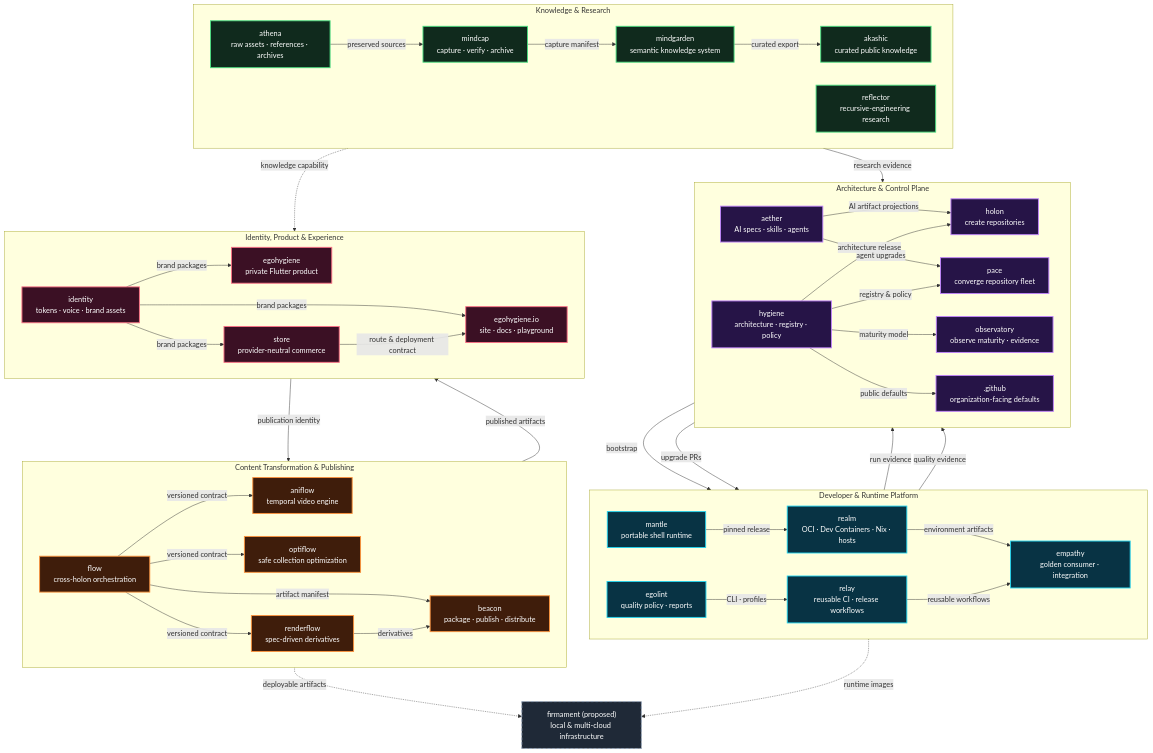
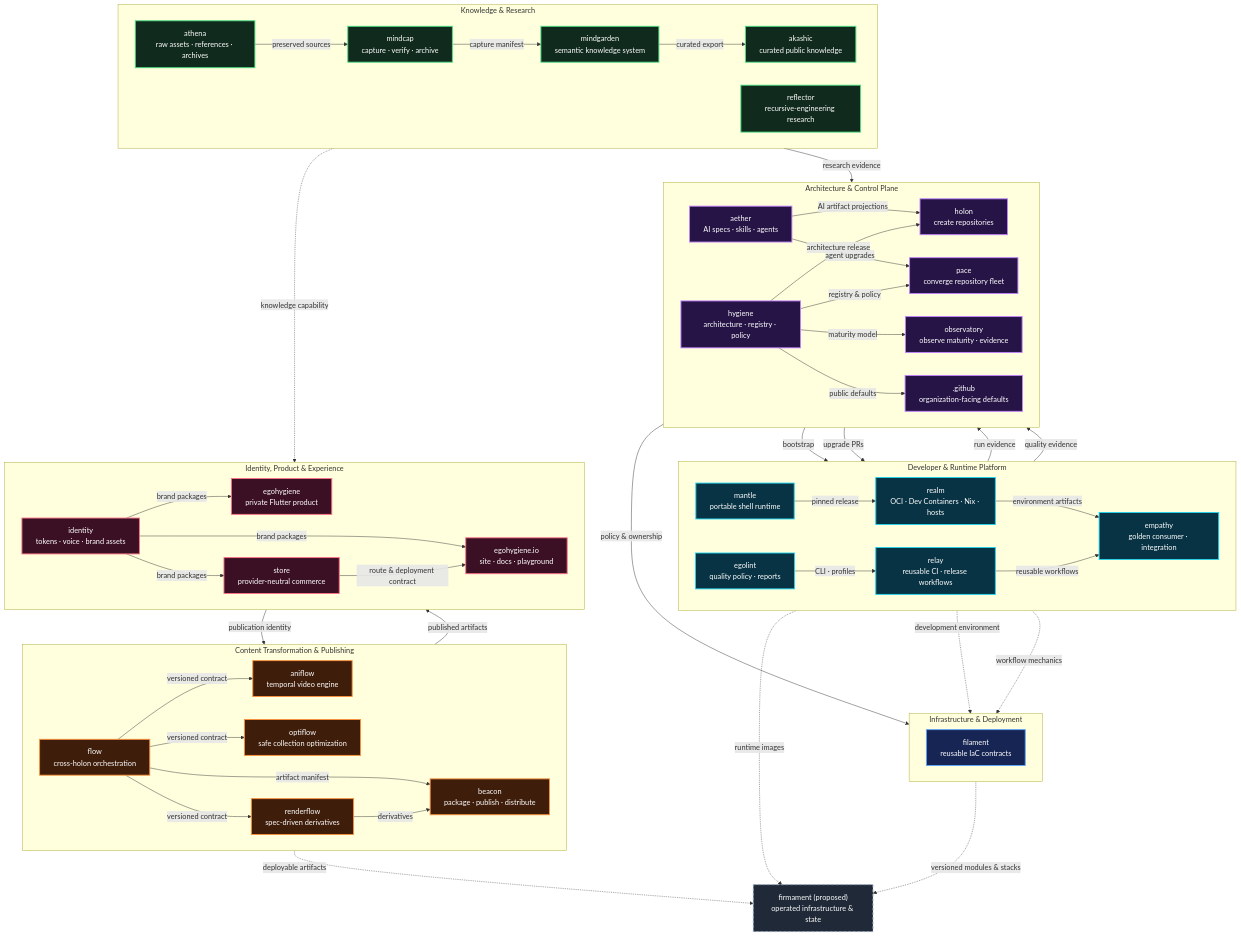
Before and after one commit to egohygiene/hygiene: the diagram in docs/ecosystem/diagrams/ecosystem.mmd, drawn with Mermaid. The commit also changed 18 other files, not shown here.

Commit message:
docs(architecture): route Filament infrastructure contracts

```diff
--- a/docs/ecosystem/diagrams/ecosystem.mmd
+++ b/docs/ecosystem/diagrams/ecosystem.mmd
@@ -1,99 +1,110 @@
 flowchart TB
   classDef control fill:#261447,stroke:#c084fc,color:#ffffff,stroke-width:2px
   classDef platform fill:#083344,stroke:#22d3ee,color:#ffffff,stroke-width:2px
   classDef flow fill:#3f1d0b,stroke:#fb923c,color:#ffffff,stroke-width:2px
   classDef knowledge fill:#102a1d,stroke:#4ade80,color:#ffffff,stroke-width:2px
   classDef experience fill:#3b1024,stroke:#fb7185,color:#ffffff,stroke-width:2px
+  classDef infrastructure fill:#172554,stroke:#60a5fa,color:#ffffff,stroke-width:2px
   classDef proposed fill:#1f2937,stroke:#94a3b8,color:#ffffff,stroke-width:2px,stroke-dasharray:6 4
 
   subgraph C["Architecture & Control Plane"]
     direction LR
     HYG["hygiene<br/>architecture · registry · policy"]
     DOT[".github<br/>organization-facing defaults"]
     AET["aether<br/>AI specs · skills · agents"]
     HOL["holon<br/>create repositories"]
     PAC["pace<br/>converge repository fleet"]
     OBS["observatory<br/>observe maturity · evidence"]
   end
 
   subgraph D["Developer & Runtime Platform"]
     direction LR
     REA["realm<br/>OCI · Dev Containers · Nix · hosts"]
     MAN["mantle<br/>portable shell runtime"]
     REL["relay<br/>reusable CI · release workflows"]
     EGL["egolint<br/>quality policy · reports"]
     EMP["empathy<br/>golden consumer · integration"]
   end
 
   subgraph F["Content Transformation & Publishing"]
     direction LR
     FLO["flow<br/>cross-holon orchestration"]
     ANI["aniflow<br/>temporal video engine"]
     OPT["optiflow<br/>safe collection optimization"]
     REN["renderflow<br/>spec-driven derivatives"]
     BEA["beacon<br/>package · publish · distribute"]
   end
 
   subgraph K["Knowledge & Research"]
     direction LR
     MNC["mindcap<br/>capture · verify · archive"]
     MNG["mindgarden<br/>semantic knowledge system"]
     AKA["akashic<br/>curated public knowledge"]
     ATH["athena<br/>raw assets · references · archives"]
     REF["reflector<br/>recursive-engineering research"]
   end
 
   subgraph X["Identity, Product & Experience"]
     direction LR
     IDN["identity<br/>tokens · voice · brand assets"]
     EGO["egohygiene<br/>private Flutter product"]
     WEB["egohygiene.io<br/>site · docs · playground"]
     STO["store<br/>provider-neutral commerce"]
   end
 
-  FIR["firmament (proposed)<br/>local & multi-cloud infrastructure"]
+  subgraph I["Infrastructure & Deployment"]
+    direction LR
+    FIL["filament<br/>reusable IaC contracts"]
+  end
+
+  FIR["firmament (proposed)<br/>operated infrastructure & state"]
 
   HYG -->|"architecture release"| HOL
   HYG -->|"registry & policy"| PAC
   HYG -->|"maturity model"| OBS
   HYG -->|"public defaults"| DOT
   AET -->|"AI artifact projections"| HOL
   AET -->|"agent upgrades"| PAC
   HOL -->|"bootstrap"| EMP
   PAC -->|"upgrade PRs"| EMP
 
   MAN -->|"pinned release"| REA
   REA -->|"environment artifacts"| EMP
   EGL -->|"CLI · profiles"| REL
   REL -->|"reusable workflows"| EMP
   REL -->|"run evidence"| OBS
   EGL -->|"quality evidence"| OBS
 
   FLO -->|"versioned contract"| ANI
   FLO -->|"versioned contract"| OPT
   FLO -->|"versioned contract"| REN
   FLO -->|"artifact manifest"| BEA
   REN -->|"derivatives"| BEA
 
   ATH -->|"preserved sources"| MNC
   MNC -->|"capture manifest"| MNG
   MNG -->|"curated export"| AKA
   REF -->|"research evidence"| OBS
 
   IDN -->|"brand packages"| EGO
   IDN -->|"brand packages"| WEB
   IDN -->|"brand packages"| STO
   IDN -->|"publication identity"| BEA
   MNG -.->|"knowledge capability"| EGO
   BEA -->|"published artifacts"| WEB
   STO -->|"route & deployment contract"| WEB
 
+  HYG -->|"policy & ownership"| FIL
+  REA -.->|"development environment"| FIL
+  REL -.->|"workflow mechanics"| FIL
+  FIL -.->|"versioned modules & stacks"| FIR
   REA -.->|"runtime images"| FIR
   BEA -.->|"deployable artifacts"| FIR
 
   class HYG,DOT,AET,HOL,PAC,OBS control
   class REA,MAN,REL,EGL,EMP platform
   class FLO,ANI,OPT,REN,BEA flow
   class MNC,MNG,AKA,ATH,REF knowledge
   class IDN,EGO,WEB,STO experience
+  class FIL infrastructure
   class FIR proposed
```
